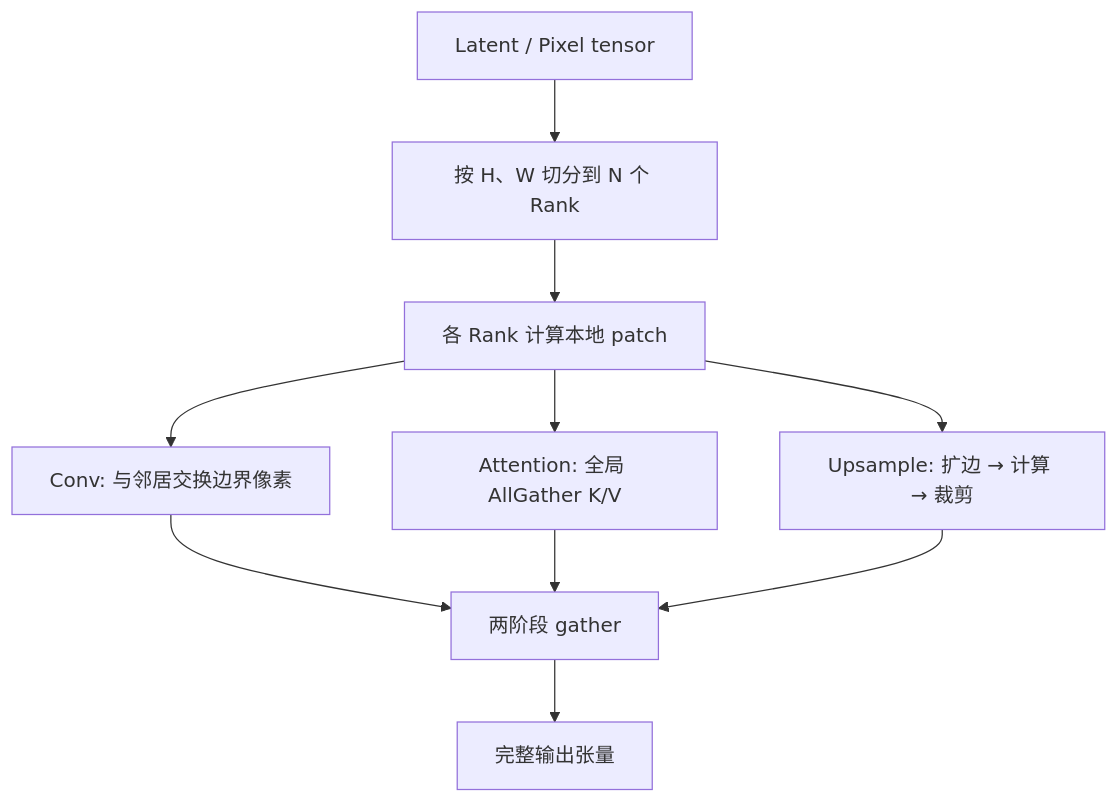
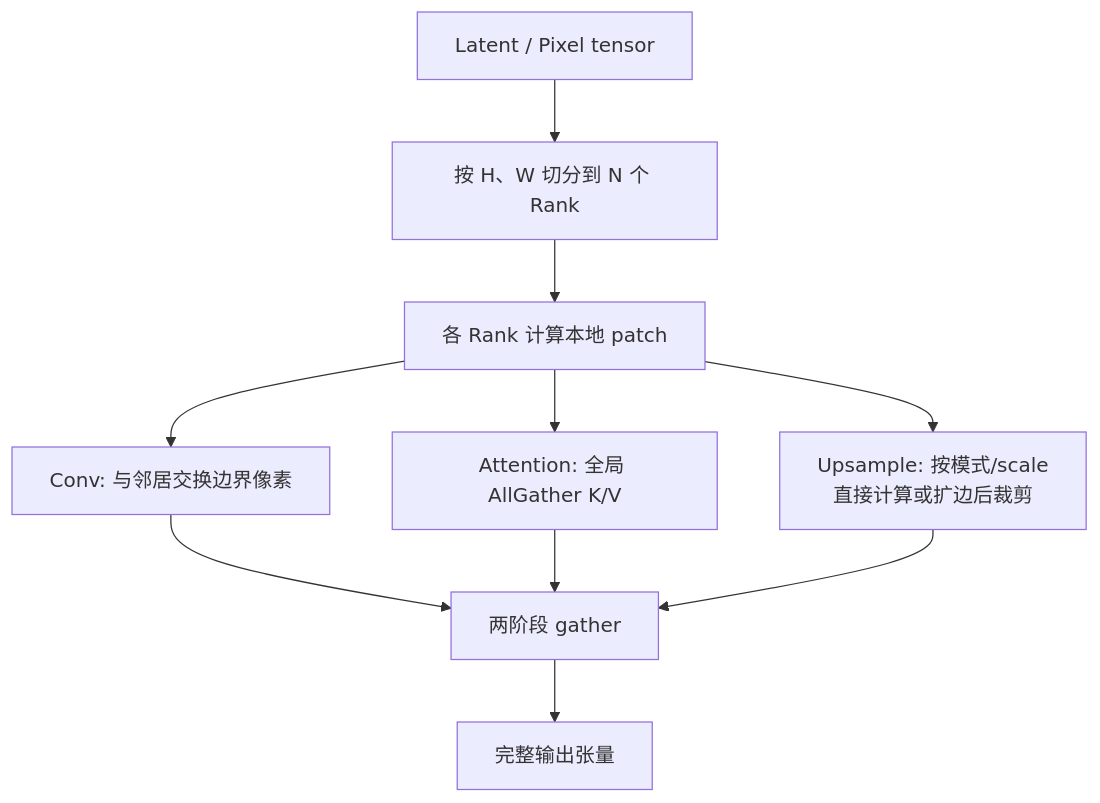
The diagram in knowledge/model/inference/concepts/parallelism/vae_patch_parallel.md (Atlas-Ascend-Fork/cannbot-knowledge), drawn with Mermaid before and after one commit. The commit also changed other lines of this file and 441 other files, not shown here.

````diff
--- a/knowledge/model/inference/concepts/parallelism/vae_patch_parallel.md
+++ b/knowledge/model/inference/concepts/parallelism/vae_patch_parallel.md
@@ -43,12 +45,12 @@
 ```mermaid
 flowchart TD
  In[Latent / Pixel tensor] --> Scatter[按 H、W 切分到 N 个 Rank]
  Scatter --> Local[各 Rank 计算本地 patch]
  Local --> Conv["Conv: 与邻居交换边界像素"]
  Local --> Attn["Attention: 全局 AllGather K/V"]
- Local --> Up["Upsample: 扩边 → 计算 → 裁剪"]
+ Local --> Up["Upsample: 按模式/scale<br/>直接计算或扩边后裁剪"]
  Conv --> Gather[两阶段 gather]
  Attn --> Gather
  Up --> Gather
  Gather --> Out[完整输出张量]
 ```
````
